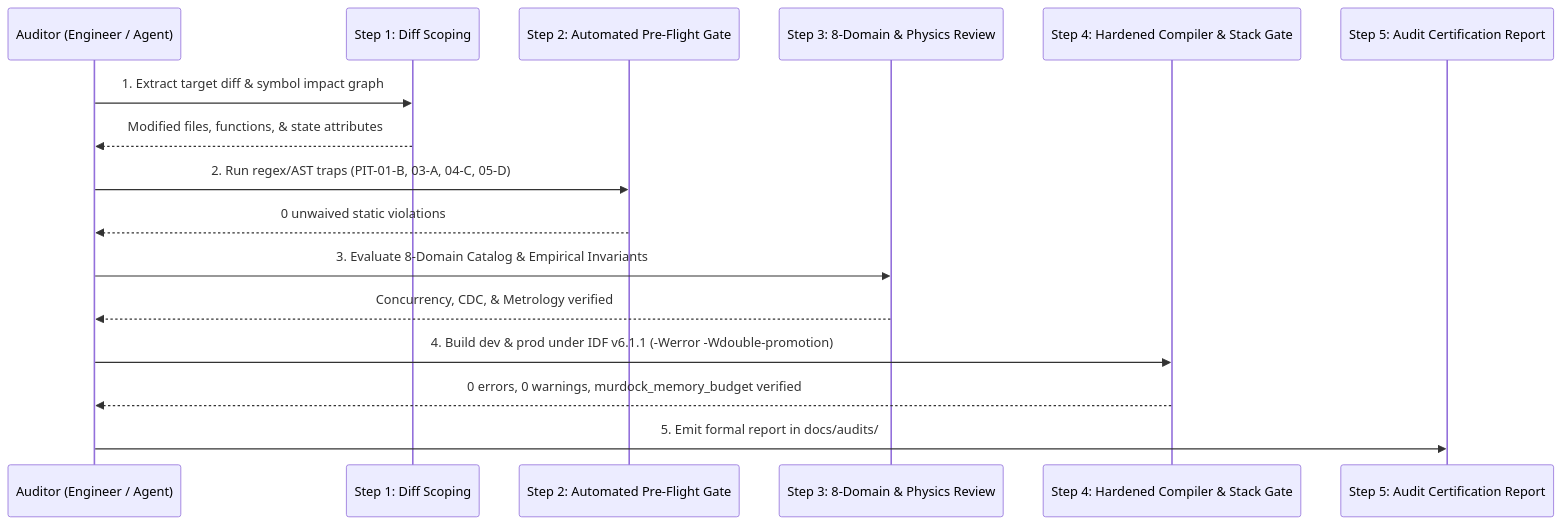
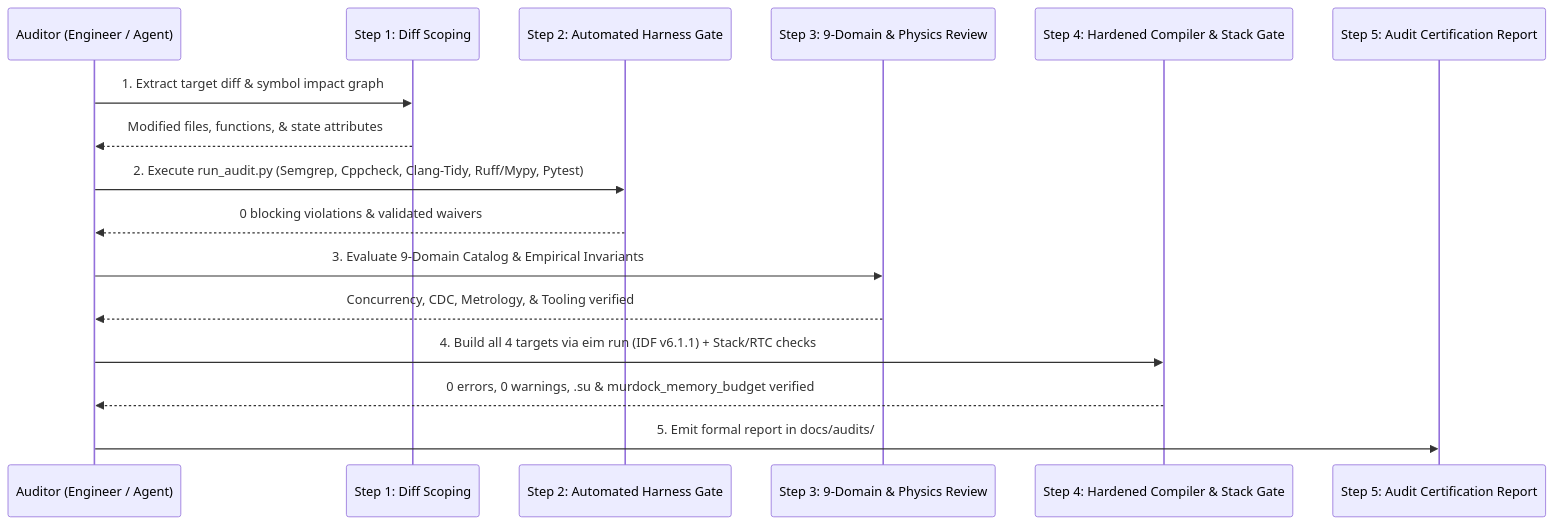
The second of 2 diagrams in docs/architecture/D0_std_audit_framework.md (Humidyne-Labs/H1OS), drawn with Mermaid before and after one commit. The commit also changed other lines of this file and 81 other files, not shown here.

Commit message:
chore(release): rev v2.4.11-dev, H1OS-STD-001 Rev 2.2 audit harness, tooling QA, tests & clean public API docs

````diff
--- a/docs/architecture/D0_std_audit_framework.md
+++ b/docs/architecture/D0_std_audit_framework.md
@@ -189,20 +202,20 @@
 ```mermaid
 sequenceDiagram
     participant Auditor as Auditor (Engineer / Agent)
     participant Git as Step 1: Diff Scoping
-    participant AST as Step 2: Automated Pre-Flight Gate
-    participant Review as Step 3: 8-Domain & Physics Review
+    participant AST as Step 2: Automated Harness Gate
+    participant Review as Step 3: 9-Domain & Physics Review
     participant Compiler as Step 4: Hardened Compiler & Stack Gate
     participant Report as Step 5: Audit Certification Report
 
     Auditor->>Git: 1. Extract target diff & symbol impact graph
     Git-->>Auditor: Modified files, functions, & state attributes
-    Auditor->>AST: 2. Run regex/AST traps (PIT-01-B, 03-A, 04-C, 05-D)
-    AST-->>Auditor: 0 unwaived static violations
-    Auditor->>Review: 3. Evaluate 8-Domain Catalog & Empirical Invariants
-    Review-->>Auditor: Concurrency, CDC, & Metrology verified
-    Auditor->>Compiler: 4. Build dev & prod under IDF v6.1.1 (-Werror -Wdouble-promotion)
-    Compiler-->>Auditor: 0 errors, 0 warnings, murdock_memory_budget verified
+    Auditor->>AST: 2. Execute run_audit.py (Semgrep, Cppcheck, Clang-Tidy, Ruff/Mypy, Pytest)
+    AST-->>Auditor: 0 blocking violations & validated waivers
+    Auditor->>Review: 3. Evaluate 9-Domain Catalog & Empirical Invariants
+    Review-->>Auditor: Concurrency, CDC, Metrology, & Tooling verified
+    Auditor->>Compiler: 4. Build all 4 targets via eim run (IDF v6.1.1) + Stack/RTC checks
+    Compiler-->>Auditor: 0 errors, 0 warnings, .su & murdock_memory_budget verified
     Auditor->>Report: 5. Emit formal report in docs/audits/
 
 ```
````
